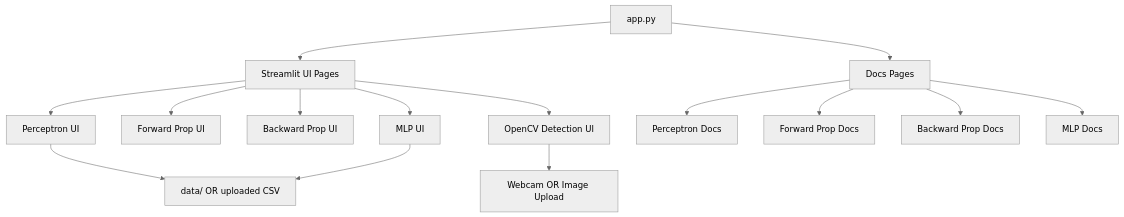
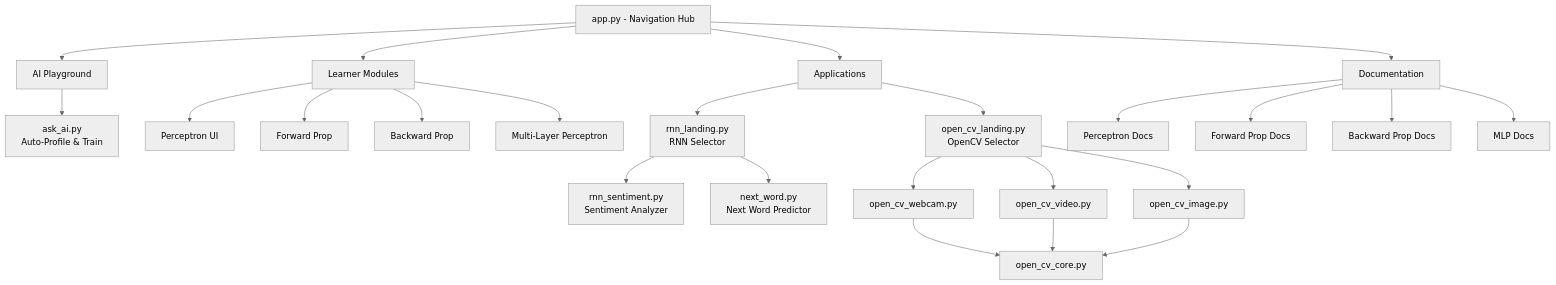
Before and after one commit to Prateekkp/nn_toolbox: the first of 2 diagrams in README.md, drawn with Mermaid (neutral theme). The commit also changed other lines of this file, not shown here.

Commit message:
refactor: enhance README for clarity and structure; update highlights and navigation sections

````diff
--- a/README.md
+++ b/README.md
@@ -103,17 +129,33 @@
 ```mermaid
 flowchart TB
-    A[app.py] --> B[Streamlit UI Pages]
-    B --> C[Perceptron UI]
-    B --> D[Forward Prop UI]
-    B --> E[Backward Prop UI]
-    B --> F[MLP UI]
-    B --> G[OpenCV Detection UI]
-    A --> H[Docs Pages]
-    H --> I[Perceptron Docs]
-    H --> J[Forward Prop Docs]
-    H --> K[Backward Prop Docs]
-    H --> L[MLP Docs]
-    C --> M[data/ OR uploaded CSV]
-    F --> M
-    G --> N[Webcam OR Image Upload]
+    A[app.py - Navigation Hub] --> AI[AI Playground]
+    A --> L[Learner Modules]
+    A --> APP[Applications]
+    A --> DOC[Documentation]
+    
+    AI --> ASKAI[ask_ai.py<br/>Auto-Profile & Train]
+    
+    L --> PERC[Perceptron UI]
+    L --> FWD[Forward Prop]
+    L --> BWD[Backward Prop]
+    L --> MLP[Multi-Layer Perceptron]
+    
+    APP --> RNNLAND[rnn_landing.py<br/>RNN Selector]
+    APP --> OPENCVLAND[open_cv_landing.py<br/>OpenCV Selector]
+    
+    RNNLAND --> SENTIMENT[rnn_sentiment.py<br/>Sentiment Analyzer]
+    RNNLAND --> NEXTWORD[next_word.py<br/>Next Word Predictor]
+    
+    OPENCVLAND --> WEBCAM[open_cv_webcam.py]
+    OPENCVLAND --> VIDEO[open_cv_video.py]
+    OPENCVLAND --> IMAGE[open_cv_image.py]
+    
+    WEBCAM --> DETECT[open_cv_core.py]
+    VIDEO --> DETECT
+    IMAGE --> DETECT
+    
+    DOC --> PERDOCS[Perceptron Docs]
+    DOC --> FWDDOCS[Forward Prop Docs]
+    DOC --> BWDDOCS[Backward Prop Docs]
+    DOC --> MLPDOCS[MLP Docs]
 ```
````
